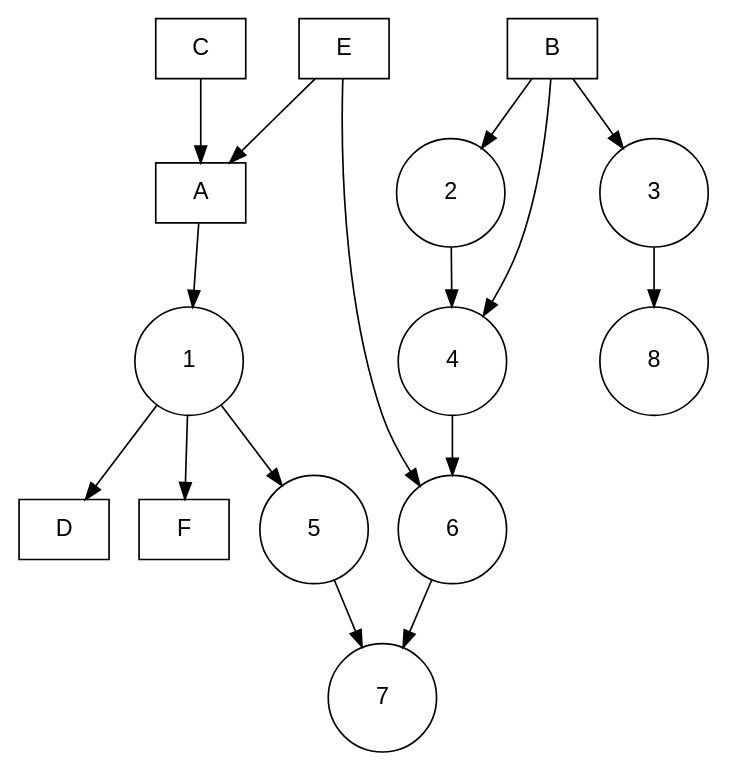
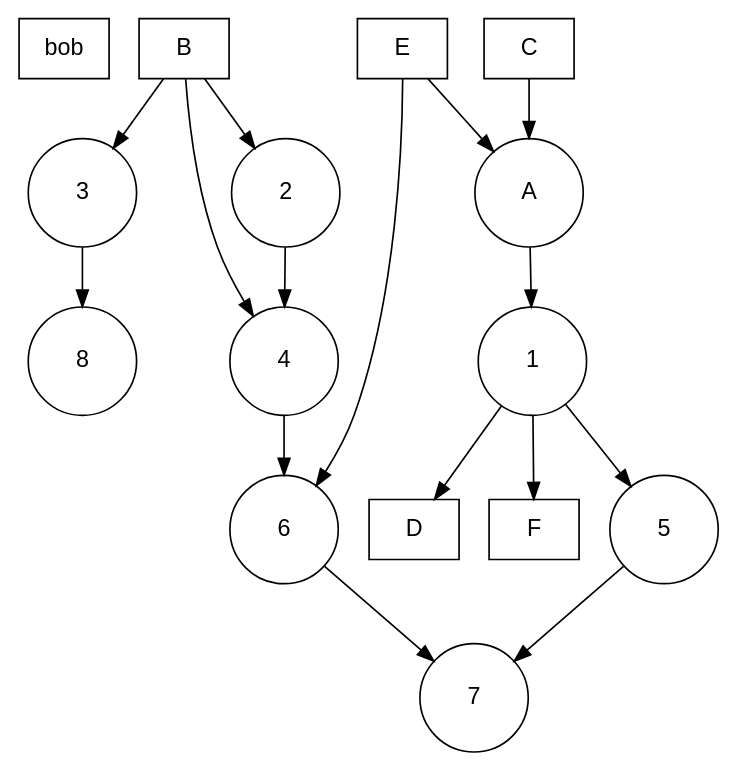
The diagram in graphviz/example.gv (jonotuke/2022-diagramming-workshop), drawn with Graphviz before and after one commit. The commit also changed 14 other files, not shown here.

```diff
--- a/graphviz/example.gv
+++ b/graphviz/example.gv
@@ -1,20 +1,20 @@
 digraph boxes_and_circles {
 
   # a 'graph' statement
   graph [overlap = true, fontsize = 10]
 
   # several 'node' statements
   node [shape = box,
         fontname = Helvetica]
-  A; B; C; D; E; F
+  bob; B; C; D; E; F
 
   node [shape = circle,
         fixedsize = true,
         width = 0.9] // sets as circles
   1; 2; 3; 4; 5; 6; 7; 8
 
   # several 'edge' statements
   A->1 B->2 B->3 B->4 C->A
   1->D E->A 2->4 1->5 1->F
   E->6 4->6 5->7 6->7 3->8
 }
```
